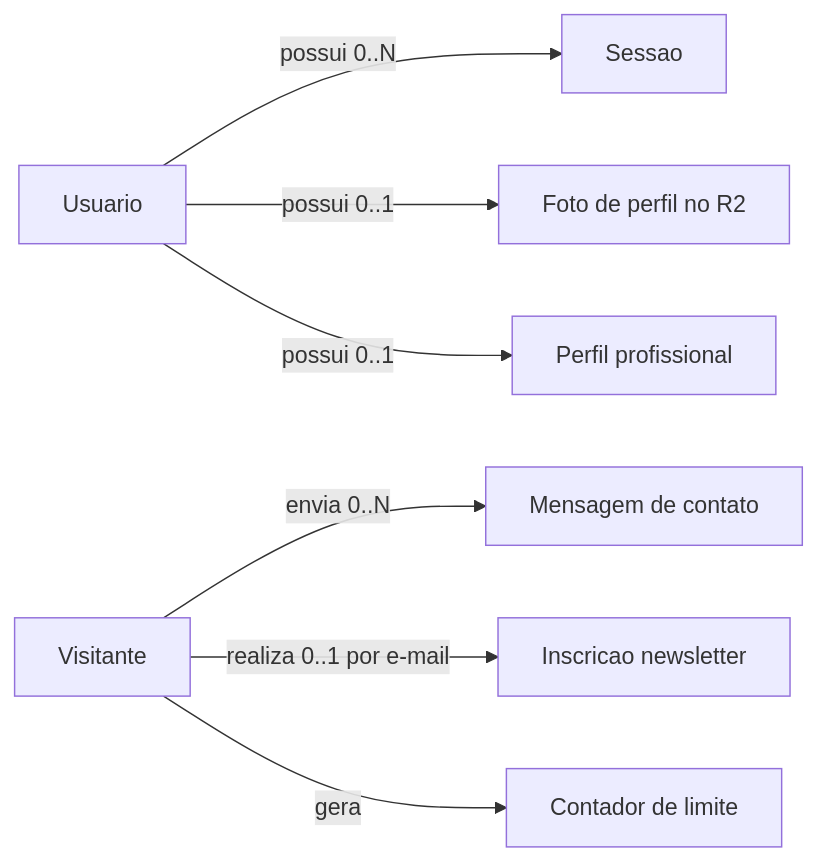
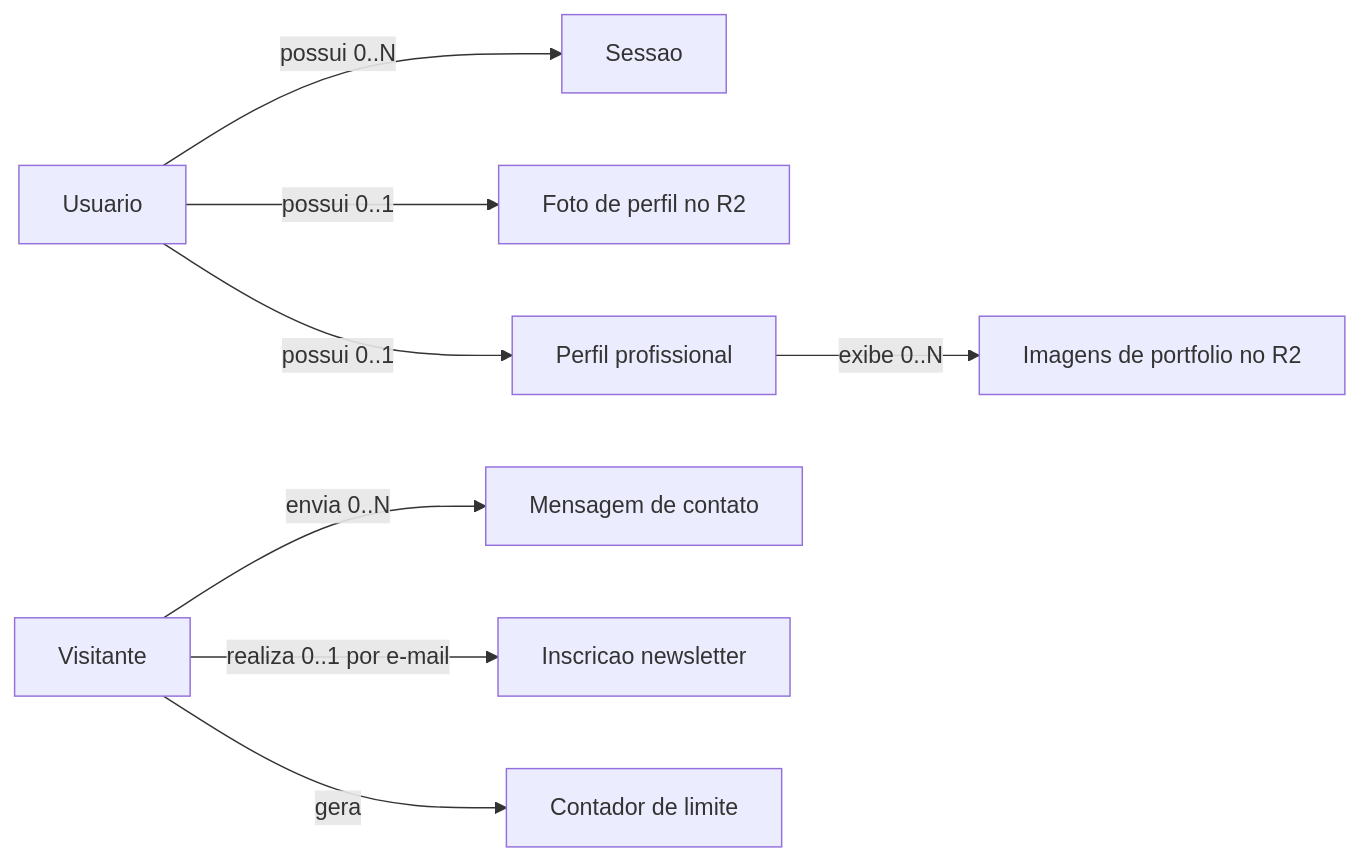
Before and after one commit to Renato1909/LensClick: the third of 6 diagrams in docs/DOCUMENTACAO_TECNICA.md, drawn with Mermaid. The commit also changed other lines of this file and 12 other files, not shown here.

````diff
--- a/docs/DOCUMENTACAO_TECNICA.md
+++ b/docs/DOCUMENTACAO_TECNICA.md
@@ -355,9 +368,10 @@
 ```mermaid
 flowchart LR
     U[Usuario] -->|possui 0..N| S[Sessao]
     U -->|possui 0..1| P[Foto de perfil no R2]
     U -->|possui 0..1| F[Perfil profissional]
+    F -->|exibe 0..N| I[Imagens de portfolio no R2]
     V[Visitante] -->|envia 0..N| C[Mensagem de contato]
     V -->|realiza 0..1 por e-mail| N[Inscricao newsletter]
     V -->|gera| L[Contador de limite]
 ```
````
